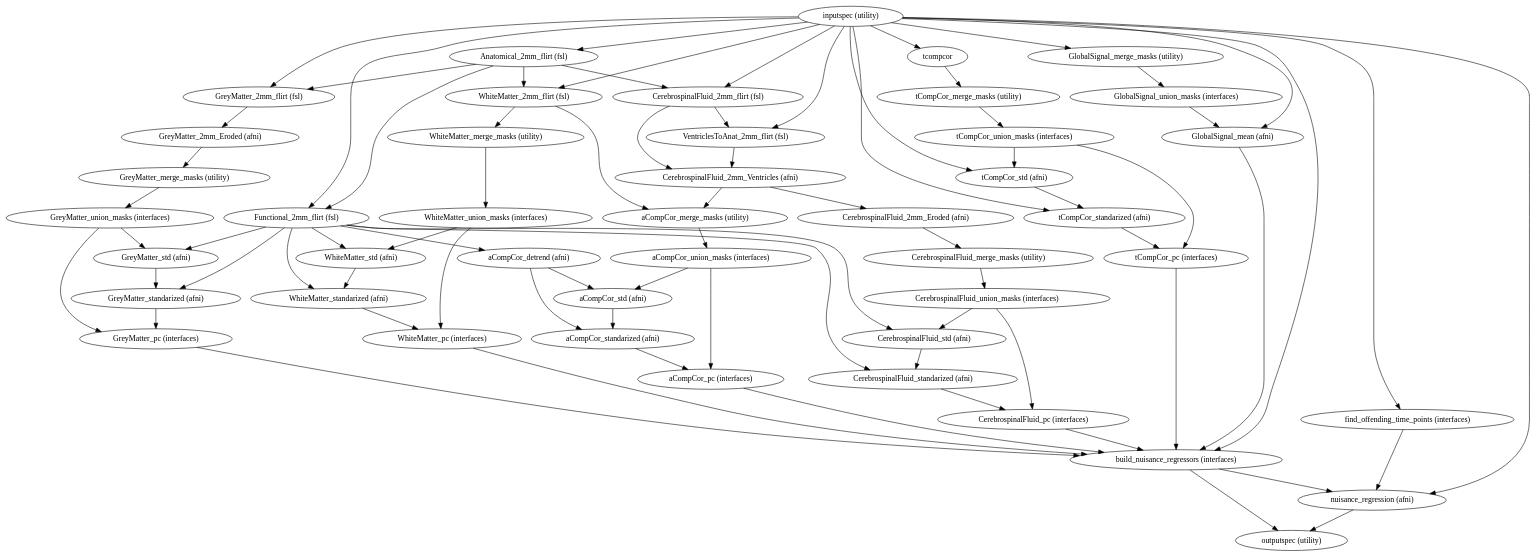
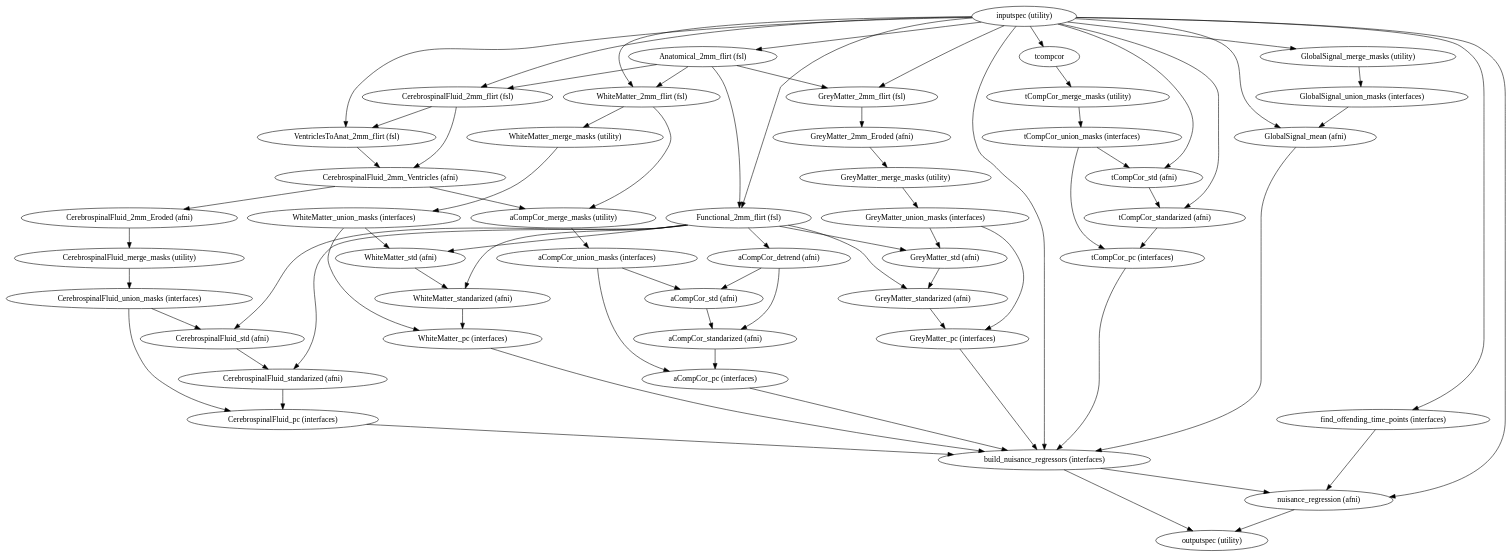
One commit to FCP-INDI/fcp-indi.github.io changed the diagram in docs/developer/workflows/images/generated/nuisance.dot. Above: the diagram before and after it, drawn with Graphviz. The commit also changed other lines of this file and 12 other files, not shown here.

```diff
--- a/docs/developer/workflows/images/generated/nuisance.dot
+++ b/docs/developer/workflows/images/generated/nuisance.dot
@@ -1,121 +1,121 @@
 strict digraph "" {
 "GlobalSignal_union_masks (interfaces)";
 "tCompCor_merge_masks (utility)";
 "CerebrospinalFluid_pc (interfaces)";
 "CerebrospinalFluid_2mm_Eroded (afni)";
 "Anatomical_2mm_flirt (fsl)";
 "inputspec (utility)";
 "GreyMatter_standarized (afni)";
 "aCompCor_detrend (afni)";
 "aCompCor_union_masks (interfaces)";
 "tCompCor_std (afni)";
 "GreyMatter_pc (interfaces)";
+"GreyMatter_union_masks (interfaces)";
 "WhiteMatter_standarized (afni)";
-"find_offending_time_points (interfaces)";
 "CerebrospinalFluid_std (afni)";
 "WhiteMatter_pc (interfaces)";
 "CerebrospinalFluid_union_masks (interfaces)";
 "aCompCor_merge_masks (utility)";
 "GreyMatter_2mm_flirt (fsl)";
 "GlobalSignal_mean (afni)";
 tcompcor;
 "GreyMatter_2mm_Eroded (afni)";
 "CerebrospinalFluid_2mm_flirt (fsl)";
 "aCompCor_pc (interfaces)";
-"GreyMatter_union_masks (interfaces)";
+"WhiteMatter_2mm_flirt (fsl)";
 "tCompCor_standarized (afni)";
 "CerebrospinalFluid_merge_masks (utility)";
 "CerebrospinalFluid_standarized (afni)";
 "tCompCor_union_masks (interfaces)";
 "GreyMatter_std (afni)";
 "VentriclesToAnat_2mm_flirt (fsl)";
 "aCompCor_std (afni)";
 "WhiteMatter_merge_masks (utility)";
-"aCompCor_standarized (afni)";
-"GlobalSignal_merge_masks (utility)";
+"find_offending_time_points (interfaces)";
+"CerebrospinalFluid_2mm_Ventricles (afni)";
 "nuisance_regression (afni)";
 "GreyMatter_merge_masks (utility)";
-"CerebrospinalFluid_2mm_Ventricles (afni)";
+"GlobalSignal_merge_masks (utility)";
 "build_nuisance_regressors (interfaces)";
 "outputspec (utility)";
 "WhiteMatter_union_masks (interfaces)";
 "WhiteMatter_std (afni)";
 "Functional_2mm_flirt (fsl)";
 "tCompCor_pc (interfaces)";
-"WhiteMatter_2mm_flirt (fsl)";
+"aCompCor_standarized (afni)";
 "GlobalSignal_union_masks (interfaces)" -> "GlobalSignal_mean (afni)";
 "tCompCor_merge_masks (utility)" -> "tCompCor_union_masks (interfaces)";
 "CerebrospinalFluid_pc (interfaces)" -> "build_nuisance_regressors (interfaces)";
 "CerebrospinalFluid_2mm_Eroded (afni)" -> "CerebrospinalFluid_merge_masks (utility)";
 "Anatomical_2mm_flirt (fsl)" -> "Functional_2mm_flirt (fsl)";
 "Anatomical_2mm_flirt (fsl)" -> "CerebrospinalFluid_2mm_flirt (fsl)";
 "Anatomical_2mm_flirt (fsl)" -> "GreyMatter_2mm_flirt (fsl)";
 "Anatomical_2mm_flirt (fsl)" -> "WhiteMatter_2mm_flirt (fsl)";
 "inputspec (utility)" -> "nuisance_regression (afni)";
 "inputspec (utility)" -> "GlobalSignal_merge_masks (utility)";
-"inputspec (utility)" -> "build_nuisance_regressors (interfaces)";
+"inputspec (utility)" -> "WhiteMatter_2mm_flirt (fsl)";
 "inputspec (utility)" -> "tCompCor_standarized (afni)";
-"inputspec (utility)" -> "VentriclesToAnat_2mm_flirt (fsl)";
+"inputspec (utility)" -> tcompcor;
 "inputspec (utility)" -> "Anatomical_2mm_flirt (fsl)";
 "inputspec (utility)" -> "Functional_2mm_flirt (fsl)";
 "inputspec (utility)" -> "GreyMatter_2mm_flirt (fsl)";
 "inputspec (utility)" -> "GlobalSignal_mean (afni)";
-"inputspec (utility)" -> tcompcor;
-"inputspec (utility)" -> "WhiteMatter_2mm_flirt (fsl)";
+"inputspec (utility)" -> "VentriclesToAnat_2mm_flirt (fsl)";
 "inputspec (utility)" -> "CerebrospinalFluid_2mm_flirt (fsl)";
+"inputspec (utility)" -> "build_nuisance_regressors (interfaces)";
 "inputspec (utility)" -> "find_offending_time_points (interfaces)";
 "inputspec (utility)" -> "tCompCor_std (afni)";
 "GreyMatter_standarized (afni)" -> "GreyMatter_pc (interfaces)";
 "aCompCor_detrend (afni)" -> "aCompCor_std (afni)";
 "aCompCor_detrend (afni)" -> "aCompCor_standarized (afni)";
 "aCompCor_union_masks (interfaces)" -> "aCompCor_std (afni)";
 "aCompCor_union_masks (interfaces)" -> "aCompCor_pc (interfaces)";
 "tCompCor_std (afni)" -> "tCompCor_standarized (afni)";
 "GreyMatter_pc (interfaces)" -> "build_nuisance_regressors (interfaces)";
+"GreyMatter_union_masks (interfaces)" -> "GreyMatter_pc (interfaces)";
+"GreyMatter_union_masks (interfaces)" -> "GreyMatter_std (afni)";
 "WhiteMatter_standarized (afni)" -> "WhiteMatter_pc (interfaces)";
-"find_offending_time_points (interfaces)" -> "nuisance_regression (afni)";
 "CerebrospinalFluid_std (afni)" -> "CerebrospinalFluid_standarized (afni)";
 "WhiteMatter_pc (interfaces)" -> "build_nuisance_regressors (interfaces)";
 "CerebrospinalFluid_union_masks (interfaces)" -> "CerebrospinalFluid_pc (interfaces)";
 "CerebrospinalFluid_union_masks (interfaces)" -> "CerebrospinalFluid_std (afni)";
 "aCompCor_merge_masks (utility)" -> "aCompCor_union_masks (interfaces)";
 "GreyMatter_2mm_flirt (fsl)" -> "GreyMatter_2mm_Eroded (afni)";
 "GlobalSignal_mean (afni)" -> "build_nuisance_regressors (interfaces)";
 tcompcor -> "tCompCor_merge_masks (utility)";
 "GreyMatter_2mm_Eroded (afni)" -> "GreyMatter_merge_masks (utility)";
 "CerebrospinalFluid_2mm_flirt (fsl)" -> "CerebrospinalFluid_2mm_Ventricles (afni)";
 "CerebrospinalFluid_2mm_flirt (fsl)" -> "VentriclesToAnat_2mm_flirt (fsl)";
 "aCompCor_pc (interfaces)" -> "build_nuisance_regressors (interfaces)";
-"GreyMatter_union_masks (interfaces)" -> "GreyMatter_pc (interfaces)";
-"GreyMatter_union_masks (interfaces)" -> "GreyMatter_std (afni)";
+"WhiteMatter_2mm_flirt (fsl)" -> "WhiteMatter_merge_masks (utility)";
+"WhiteMatter_2mm_flirt (fsl)" -> "aCompCor_merge_masks (utility)";
 "tCompCor_standarized (afni)" -> "tCompCor_pc (interfaces)";
 "CerebrospinalFluid_merge_masks (utility)" -> "CerebrospinalFluid_union_masks (interfaces)";
 "CerebrospinalFluid_standarized (afni)" -> "CerebrospinalFluid_pc (interfaces)";
 "tCompCor_union_masks (interfaces)" -> "tCompCor_pc (interfaces)";
 "tCompCor_union_masks (interfaces)" -> "tCompCor_std (afni)";
 "GreyMatter_std (afni)" -> "GreyMatter_standarized (afni)";
 "VentriclesToAnat_2mm_flirt (fsl)" -> "CerebrospinalFluid_2mm_Ventricles (afni)";
 "aCompCor_std (afni)" -> "aCompCor_standarized (afni)";
 "WhiteMatter_merge_masks (utility)" -> "WhiteMatter_union_masks (interfaces)";
-"aCompCor_standarized (afni)" -> "aCompCor_pc (interfaces)";
-"GlobalSignal_merge_masks (utility)" -> "GlobalSignal_union_masks (interfaces)";
+"find_offending_time_points (interfaces)" -> "nuisance_regression (afni)";
+"CerebrospinalFluid_2mm_Ventricles (afni)" -> "aCompCor_merge_masks (utility)";
+"CerebrospinalFluid_2mm_Ventricles (afni)" -> "CerebrospinalFluid_2mm_Eroded (afni)";
 "nuisance_regression (afni)" -> "outputspec (utility)";
 "GreyMatter_merge_masks (utility)" -> "GreyMatter_union_masks (interfaces)";
-"CerebrospinalFluid_2mm_Ventricles (afni)" -> "aCompCor_merge_masks (utility)";
-"CerebrospinalFluid_2mm_Ventricles (afni)" -> "CerebrospinalFluid_2mm_Eroded (afni)";
+"GlobalSignal_merge_masks (utility)" -> "GlobalSignal_union_masks (interfaces)";
 "build_nuisance_regressors (interfaces)" -> "nuisance_regression (afni)";
 "build_nuisance_regressors (interfaces)" -> "outputspec (utility)";
 "WhiteMatter_union_masks (interfaces)" -> "WhiteMatter_pc (interfaces)";
 "WhiteMatter_union_masks (interfaces)" -> "WhiteMatter_std (afni)";
 "WhiteMatter_std (afni)" -> "WhiteMatter_standarized (afni)";
 "Functional_2mm_flirt (fsl)" -> "GreyMatter_std (afni)";
 "Functional_2mm_flirt (fsl)" -> "WhiteMatter_standarized (afni)";
 "Functional_2mm_flirt (fsl)" -> "CerebrospinalFluid_std (afni)";
 "Functional_2mm_flirt (fsl)" -> "CerebrospinalFluid_standarized (afni)";
 "Functional_2mm_flirt (fsl)" -> "GreyMatter_standarized (afni)";
 "Functional_2mm_flirt (fsl)" -> "WhiteMatter_std (afni)";
 "Functional_2mm_flirt (fsl)" -> "aCompCor_detrend (afni)";
 "tCompCor_pc (interfaces)" -> "build_nuisance_regressors (interfaces)";
-"WhiteMatter_2mm_flirt (fsl)" -> "WhiteMatter_merge_masks (utility)";
-"WhiteMatter_2mm_flirt (fsl)" -> "aCompCor_merge_masks (utility)";
+"aCompCor_standarized (afni)" -> "aCompCor_pc (interfaces)";
 }
```
